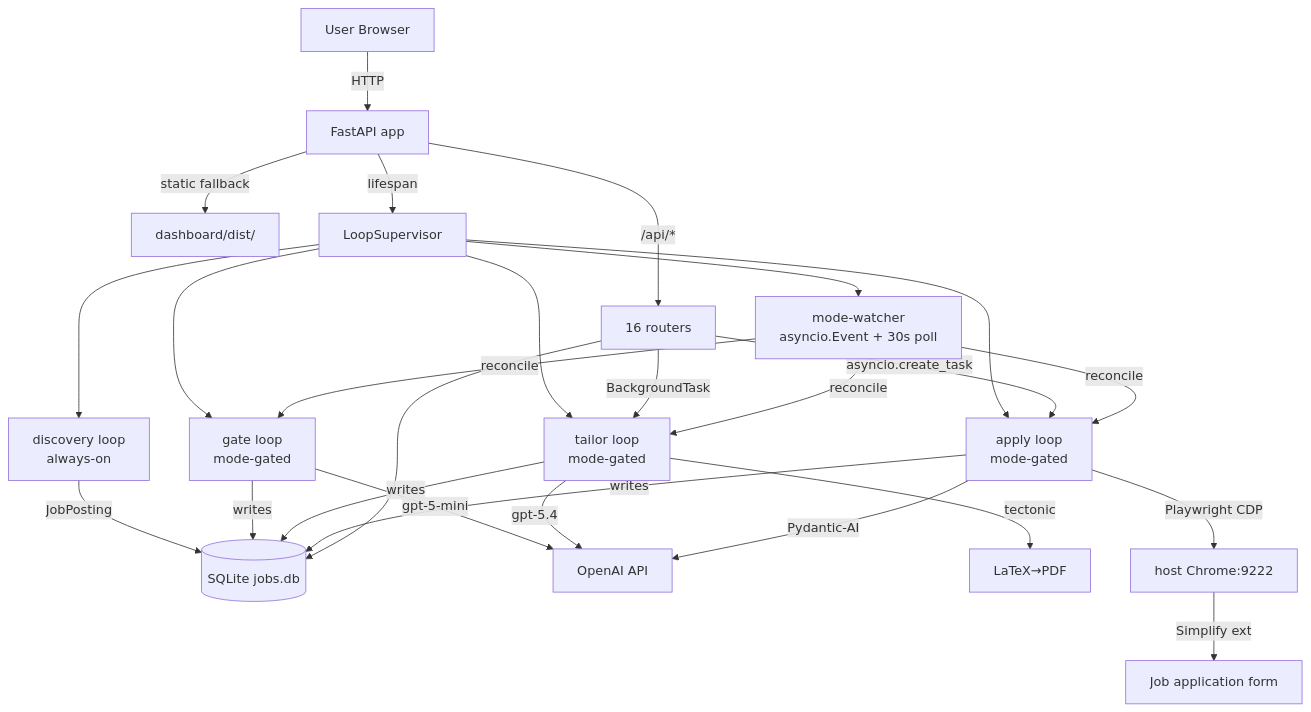
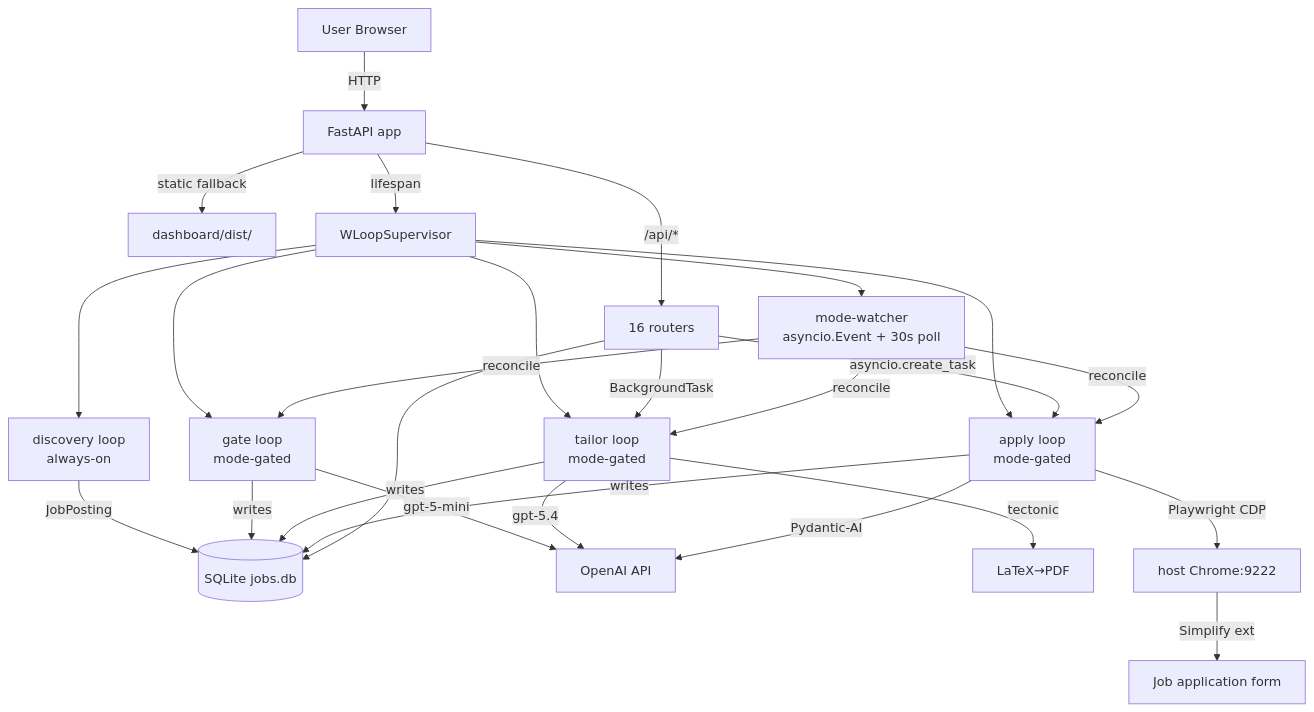
The first of 4 diagrams in spec/architecture.md (joeyspagnoli/agentic-job-applier), drawn with Mermaid before and after one commit. The commit also changed other lines of this file and 4 other files, not shown here.

First line of the commit message:
docs(spec): fix mermaid 'Loop' keyword conflict + point README at spec/

````diff
--- a/spec/architecture.md
+++ b/spec/architecture.md
@@ -17,31 +17,31 @@
 ```mermaid
 graph TB
   USER[User Browser] -->|HTTP| API[FastAPI app]
   API -->|static fallback| DIST[dashboard/dist/]
   API -->|/api/*| ROUTERS[16 routers]
-  API -->|lifespan| SUP[LoopSupervisor]
+  API -->|lifespan| SUP[WLoopSupervisor]
 
   SUP --> DISC[discovery loop<br/>always-on]
   SUP --> GATE[gate loop<br/>mode-gated]
   SUP --> TAILOR[tailor loop<br/>mode-gated]
   SUP --> APPLY[apply loop<br/>mode-gated]
   SUP --> WATCH[mode-watcher<br/>asyncio.Event + 30s poll]
 
   DISC -->|JobPosting| DB[(SQLite jobs.db)]
   GATE -->|gpt-5-mini| OAI[OpenAI API]
   GATE -->|writes| DB
   TAILOR -->|gpt-5.4| OAI
   TAILOR -->|tectonic| TEX[LaTeX→PDF]
   TAILOR -->|writes| DB
   APPLY -->|Playwright CDP| CHROME[host Chrome:9222]
   APPLY -->|Pydantic-AI| OAI
   APPLY -->|writes| DB
   CHROME -->|Simplify ext| FORM[Job application form]
 
   ROUTERS -->|BackgroundTask| TAILOR
   ROUTERS -->|asyncio.create_task| APPLY
   ROUTERS --> DB
   WATCH -->|reconcile| GATE
   WATCH -->|reconcile| TAILOR
   WATCH -->|reconcile| APPLY
 ```
````
